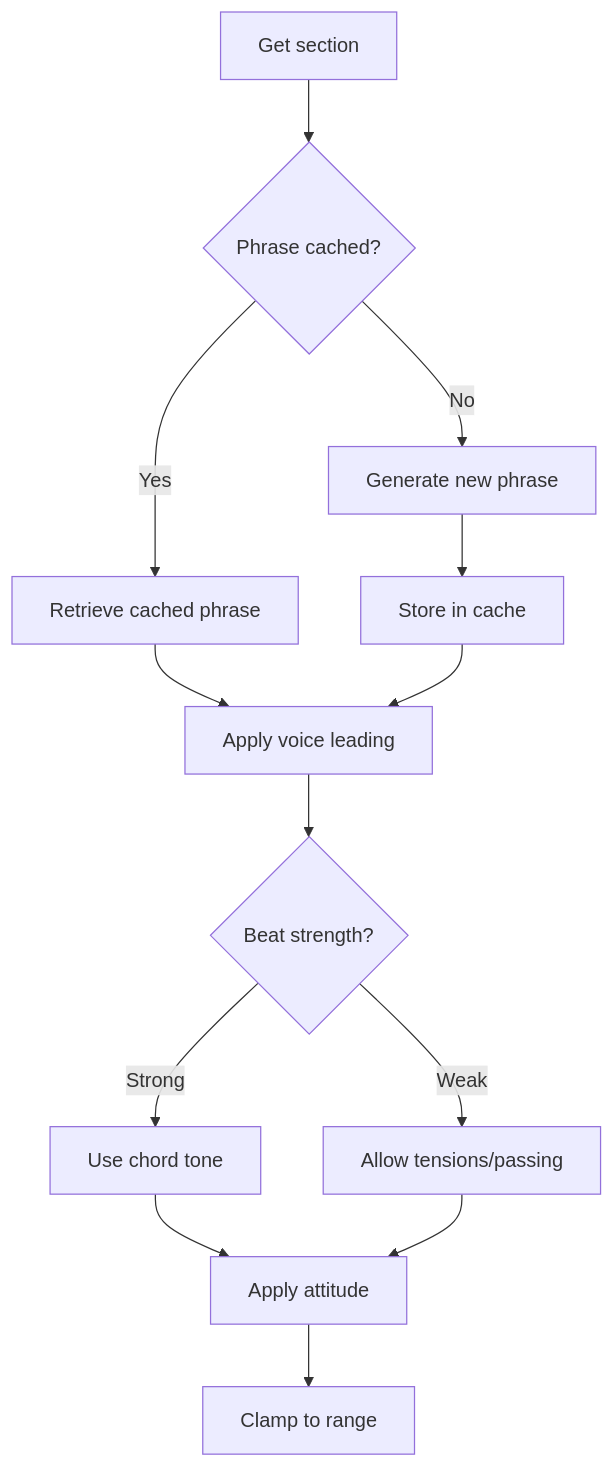
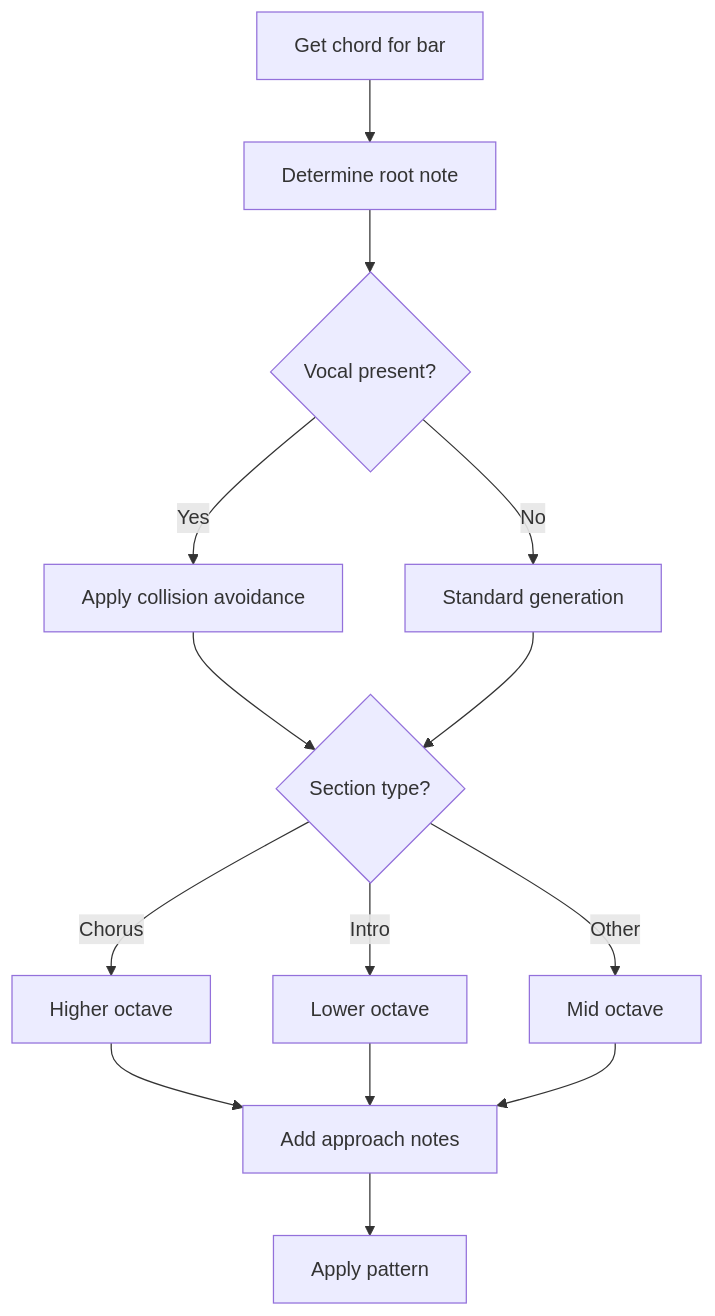
The fifth of 7 diagrams in src/docs/generation-pipeline.md (libraz/midi-sketch-homepage), drawn with Mermaid before and after one commit. The commit also changed other lines of this file and 16 other files, not shown here.

````diff
--- a/src/docs/generation-pipeline.md
+++ b/src/docs/generation-pipeline.md
@@ -134,15 +160,16 @@
 ```mermaid
 flowchart TD
-    A[Get section] --> B{Phrase cached?}
-    B -->|Yes| C[Retrieve cached phrase]
-    B -->|No| D[Generate new phrase]
-    D --> E[Store in cache]
-    C --> F[Apply voice leading]
+    A[Get chord for bar] --> B[Determine root note]
+    B --> C{Vocal present?}
+    C -->|Yes| D[Apply collision avoidance]
+    C -->|No| E[Standard generation]
+    D --> F{Section type?}
     E --> F
-    F --> G{Beat strength?}
-    G -->|Strong| H[Use chord tone]
-    G -->|Weak| I[Allow tensions/passing]
-    H --> J[Apply attitude]
+    F -->|Chorus| G[Higher octave]
+    F -->|Intro| H[Lower octave]
+    F -->|Other| I[Mid octave]
+    G --> J[Add approach notes]
+    H --> J
     I --> J
-    J --> K[Clamp to range]
+    J --> K[Apply pattern]
 ```
````
